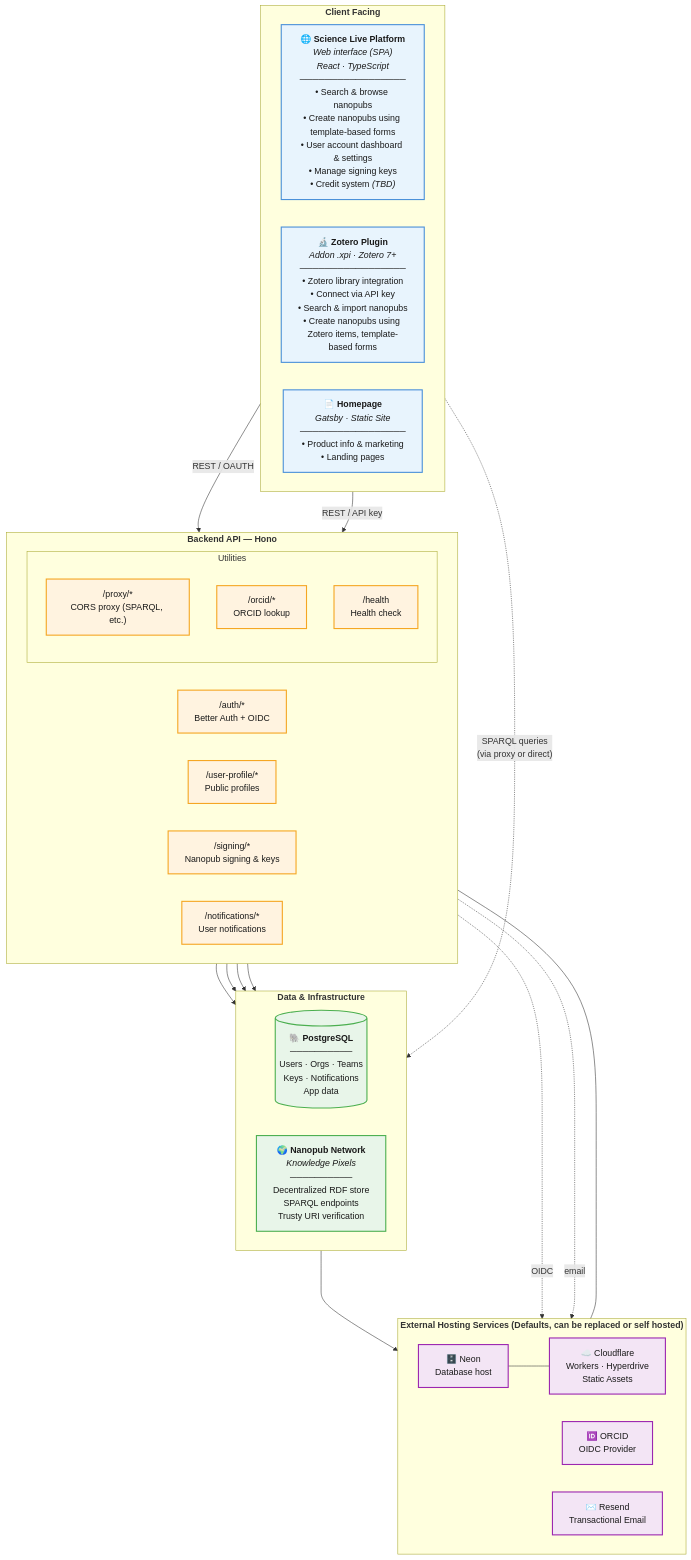
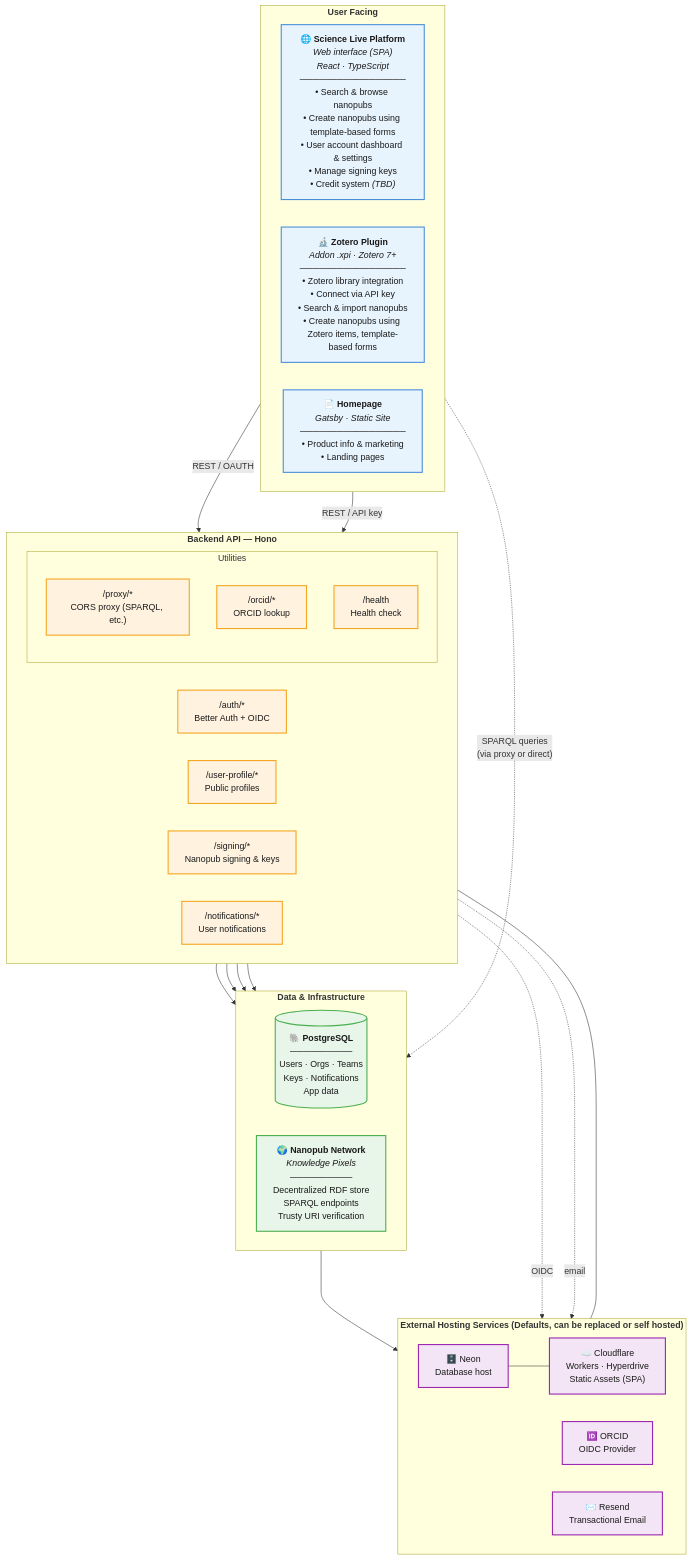
The diagram in README.md (ScienceLiveHub/science-live-platform), drawn with Mermaid before and after one commit.

````diff
--- a/README.md
+++ b/README.md
@@ -56,68 +56,68 @@
 ```mermaid
 graph TB
   %% ── Client layer ──────────────────────────────────────────
-  subgraph clients ["Client Facing"]
+  subgraph clients ["User Facing"]
     direction LR
     frontend["🌐 <b>Science Live Platform</b><br/><i>Web interface (SPA)</br>React · TypeScript</i><br/>─────────────────<br/>• Search &amp; browse nanopubs<br/>• Create nanopubs using template-based forms<br/>• User account dashboard &amp; settings<br/>• Manage signing keys<br/>• Credit system <i>(TBD)</i>"]
     zotero["🔬 <b>Zotero Plugin</b><br/><i>Addon .xpi · Zotero 7+</i><br/>─────────────────<br/>• Zotero library integration<br/>• Connect via API key<br/>• Search &amp; import nanopubs<br/>• Create nanopubs using Zotero items, template-based forms"]
     homepage["📄 <b>Homepage</b><br/><i>Gatsby · Static Site</i><br/>─────────────────<br/>• Product info &amp; marketing<br/>• Landing pages"]
   end
 
   %% ── API layer ─────────────────────────────────────────────
   subgraph api ["Backend API — Hono"]
     direction LR
     auth["/auth/*<br/>Better Auth + OIDC"]
     profile["/user-profile/*<br/>Public profiles"]
     sign["/signing/*<br/>Nanopub signing &amp; keys"]
     notif["/notifications/*<br/>User notifications"]
     subgraph utils ["Utilities"]
       prxy["/proxy/*<br/>CORS proxy (SPARQL, etc.)"]
       orc["/orcid/*<br/>ORCID lookup"]
       hlth["/health<br/>Health check"]
     end
   end
 
   %% ── Data layer ────────────────────────────────────────────
   subgraph data ["Data &amp; Infrastructure"]
     direction LR
     pg[("🐘 <b>PostgreSQL</b><br/>──────────<br/>Users · Orgs · Teams<br/>Keys · Notifications<br/>App data")]
     nanopub["🌍 <b>Nanopub Network</b><br/><i>Knowledge Pixels</i><br/>──────────<br/>Decentralized RDF store<br/>SPARQL endpoints<br/>Trusty URI verification"]
   end
 
   %% ── External Hosting Services ─────────────────────────────────────
   subgraph ext ["External Hosting Services (Defaults, can be replaced or self hosted)"]
     direction LR
-    cf["☁️ Cloudflare<br/>Workers · Hyperdrive<br/>Static Assets"]
+    cf["☁️ Cloudflare<br/>Workers · Hyperdrive<br/>Static Assets (SPA)"]
     neon["🗄️ Neon<br/>Database host"]
     orcid["🆔 ORCID<br/>OIDC Provider"]
     resend["✉️ Resend<br/>Transactional Email"]
   end
 
   %% ── Connections ───────────────────────────────────────────
   frontend -- "REST / OAUTH" --> api
   zotero -- "REST / API key" --> api
   frontend -. "SPARQL queries<br/>(via proxy or direct)" .-> nanopub
 
   auth --> pg
   profile --> pg
   sign --> pg
   notif --> pg
   auth -. "OIDC" .-> orcid
   auth -. "email" .-> resend
   api --- cf
   pg ---> neon
   neon --- cf
 
   %% ── Styles ────────────────────────────────────────────────
   classDef clientBox fill:#e8f4fd,stroke:#4a90d9,stroke-width:2px,color:#1a1a1a
   classDef apiBox fill:#fff3e0,stroke:#f5a623,stroke-width:2px,color:#1a1a1a
   classDef dataBox fill:#e8f5e9,stroke:#4caf50,stroke-width:2px,color:#1a1a1a
   classDef extBox fill:#f3e5f5,stroke:#9c27b0,stroke-width:2px,color:#1a1a1a
   classDef mainBox font-weight:bold
 
   class frontend,zotero,homepage clientBox
   class auth,profile,sign,notif,prxy,orc,hlth apiBox
   class pg,nanopub dataBox
   class cf,neon,orcid,resend extBox
   class clients,api,data,ext mainBox
 ```
````
